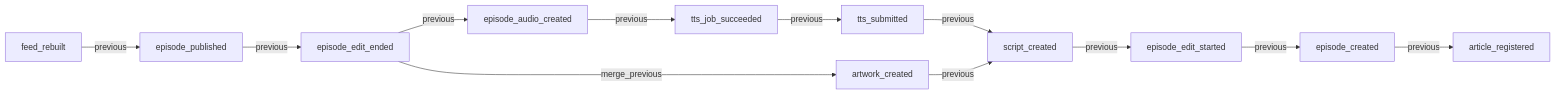
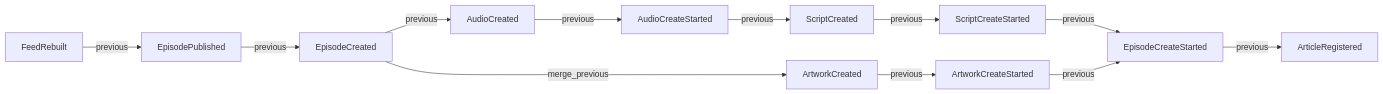
Before and after one commit to hskksk/podcaster: the second of 2 diagrams in docs/architecture/podcast-craft-domain-events.md, drawn with Mermaid. The commit also changed other lines of this file, not shown here.

Commit message:
docs(architecture): align domain events ER diagram with PascalCase nodes

````diff
--- a/docs/architecture/podcast-craft-domain-events.md
+++ b/docs/architecture/podcast-craft-domain-events.md
@@ -101,26 +298,26 @@
 ```mermaid
 flowchart LR
-  AR[article_registered]
-  EC[episode_created]
-  EES[episode_edit_started]
-  SC[script_created]
-  TS[tts_submitted]
-  TJS[tts_job_succeeded]
-  EAC[episode_audio_created]
-  AC[artwork_created]
-  EEE[episode_edit_ended]
-  EP[episode_published]
-  FR[feed_rebuilt]
+  AR[ArticleRegistered]
+  ECS[EpisodeCreateStarted]
+  SCS[ScriptCreateStarted]
+  SC[ScriptCreated]
+  ACS[AudioCreateStarted]
+  ACr[AudioCreated]
+  AwCS[ArtworkCreateStarted]
+  AwC[ArtworkCreated]
+  EC[EpisodeCreated]
+  EP[EpisodePublished]
+  FR[FeedRebuilt]
 
-  EC -->|previous| AR
-  EES -->|previous| EC
-  SC -->|previous| EES
-  TS -->|previous| SC
-  TJS -->|previous| TS
-  EAC -->|previous| TJS
-  AC -->|previous| SC
-  EEE -->|previous| EAC
-  EEE -->|merge_previous| AC
-  EP -->|previous| EEE
+  ECS -->|previous| AR
+  SCS -->|previous| ECS
+  SC -->|previous| SCS
+  ACS -->|previous| SC
+  ACr -->|previous| ACS
+  AwCS -->|previous| ECS
+  AwC -->|previous| AwCS
+  EC -->|previous| ACr
+  EC -->|merge_previous| AwC
+  EP -->|previous| EC
   FR -->|previous| EP
 ```
````
